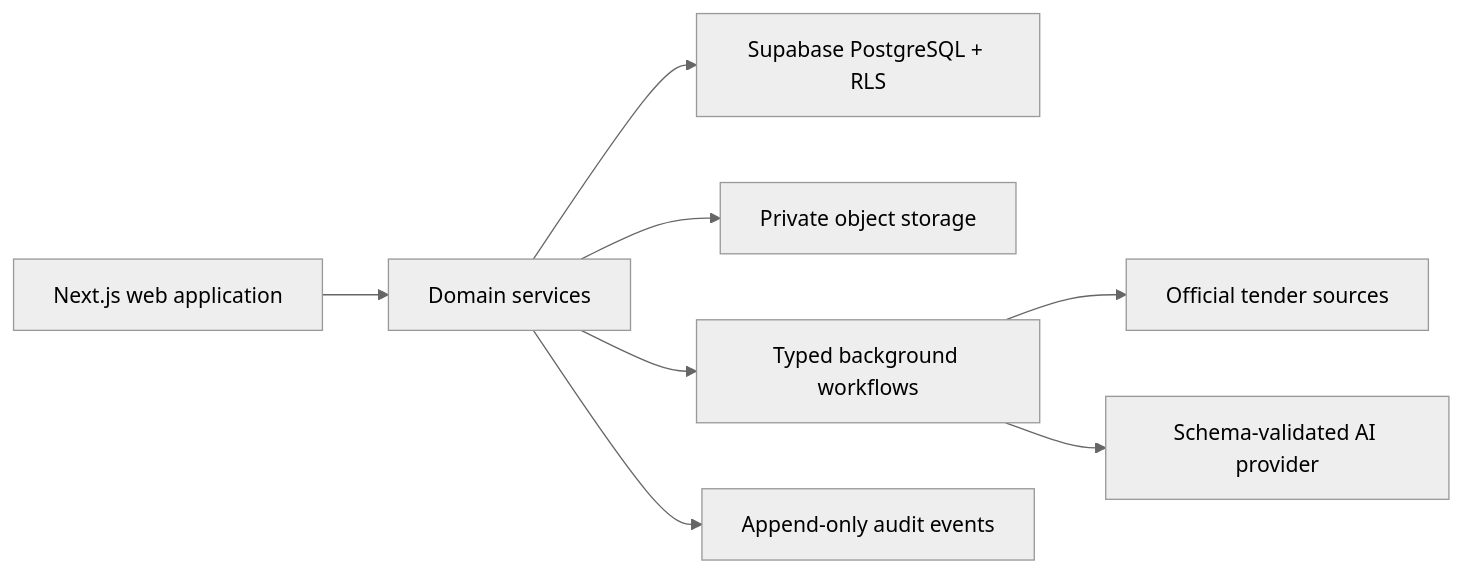
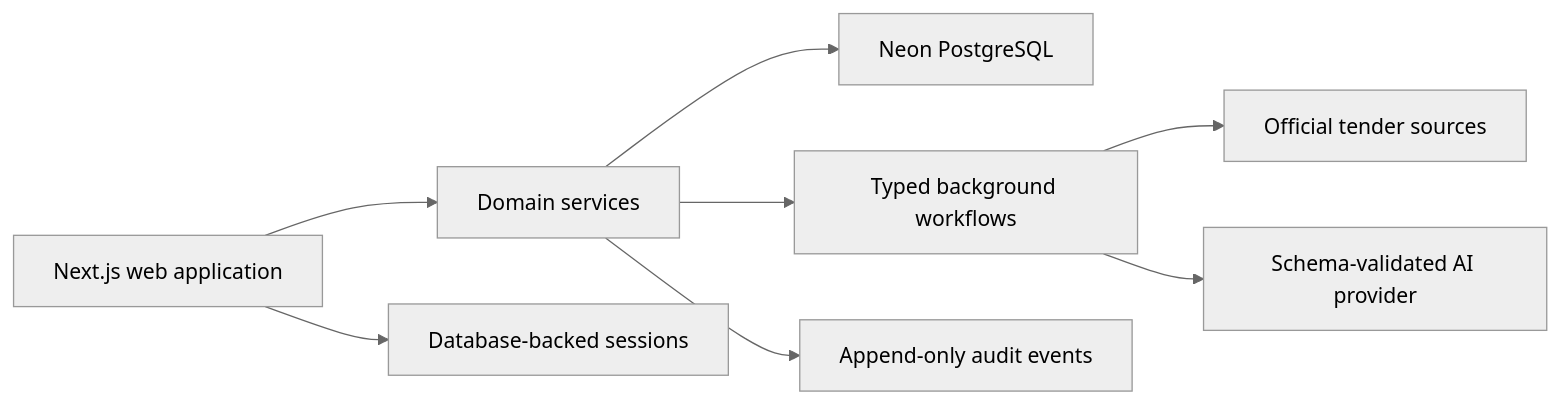
One commit to tmdaidevs/tender_app changed the diagram in docs/architecture/system-overview.md. Above: the diagram before and after it, drawn with Mermaid (neutral theme). The commit also changed other lines of this file and 26 other files, not shown here.

Commit message:
Add-Neon-auth-and-live-TED-backend

````diff
--- a/docs/architecture/system-overview.md
+++ b/docs/architecture/system-overview.md
@@ -3,10 +3,10 @@
 ```mermaid
 flowchart LR
   UI["Next.js web application"] --> Domain["Domain services"]
-  Domain --> DB["Supabase PostgreSQL + RLS"]
-  Domain --> Storage["Private object storage"]
+  Domain --> DB["Neon PostgreSQL"]
+  UI --> Auth["Database-backed sessions"]
   Domain --> Jobs["Typed background workflows"]
   Jobs --> Sources["Official tender sources"]
   Jobs --> AI["Schema-validated AI provider"]
   Domain --> Audit["Append-only audit events"]
 ```
````
